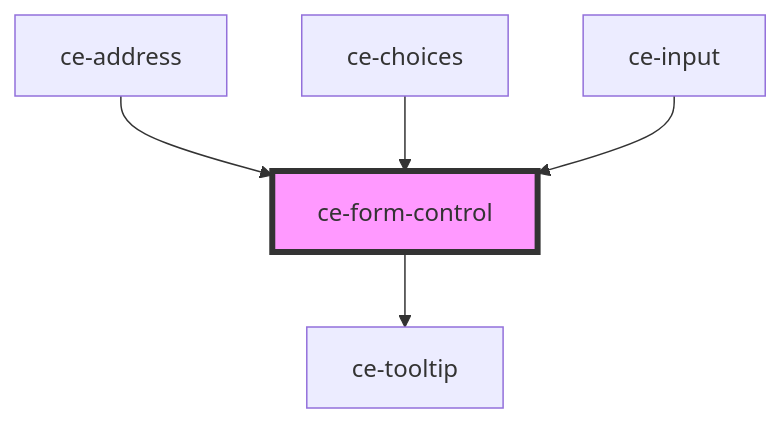
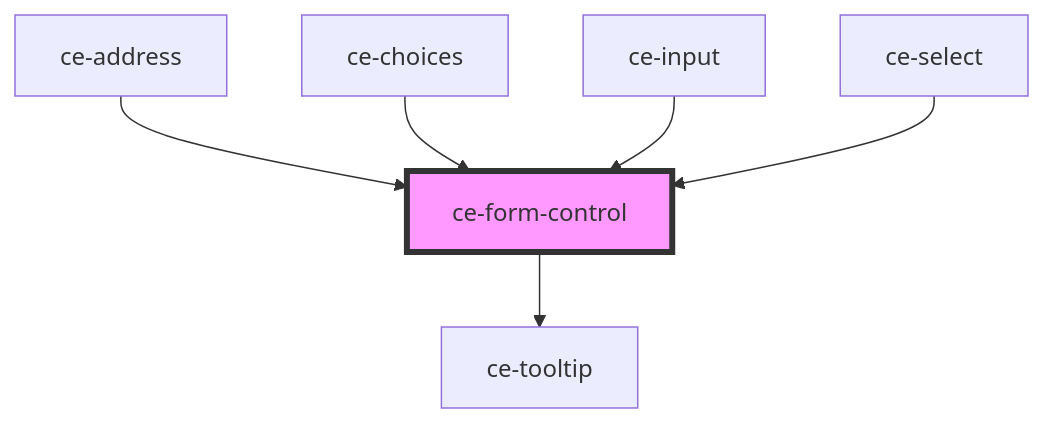
The diagram in packages/components/src/components/ui/form-control/readme.md (surecart/surecart-wp-plugin), drawn with Mermaid before and after one commit. The commit also changed other lines of this file and 24 other files, not shown here.

````diff
--- a/packages/components/src/components/ui/form-control/readme.md
+++ b/packages/components/src/components/ui/form-control/readme.md
@@ -45,8 +46,9 @@
 ```mermaid
 graph TD;
   ce-form-control --> ce-tooltip
   ce-address --> ce-form-control
   ce-choices --> ce-form-control
   ce-input --> ce-form-control
+  ce-select --> ce-form-control
   style ce-form-control fill:#f9f,stroke:#333,stroke-width:4px
 ```
````
